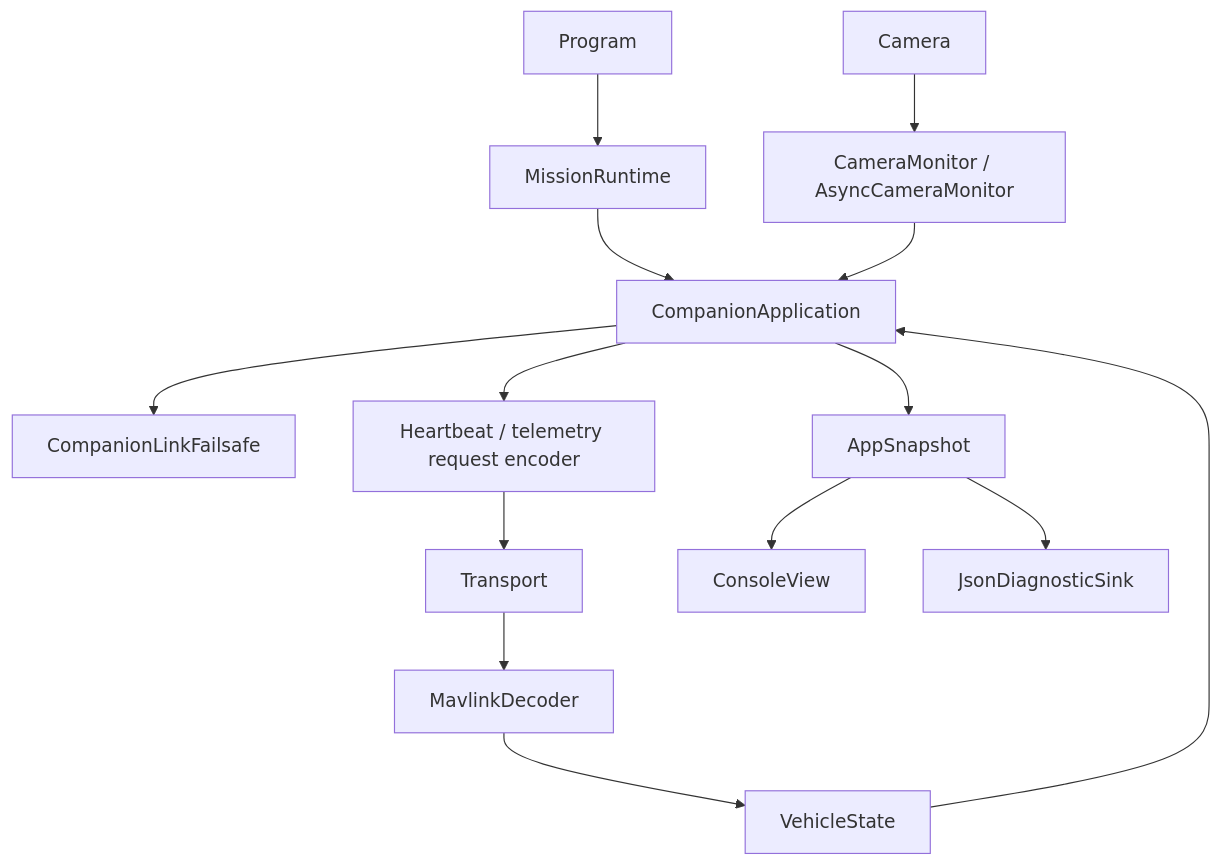
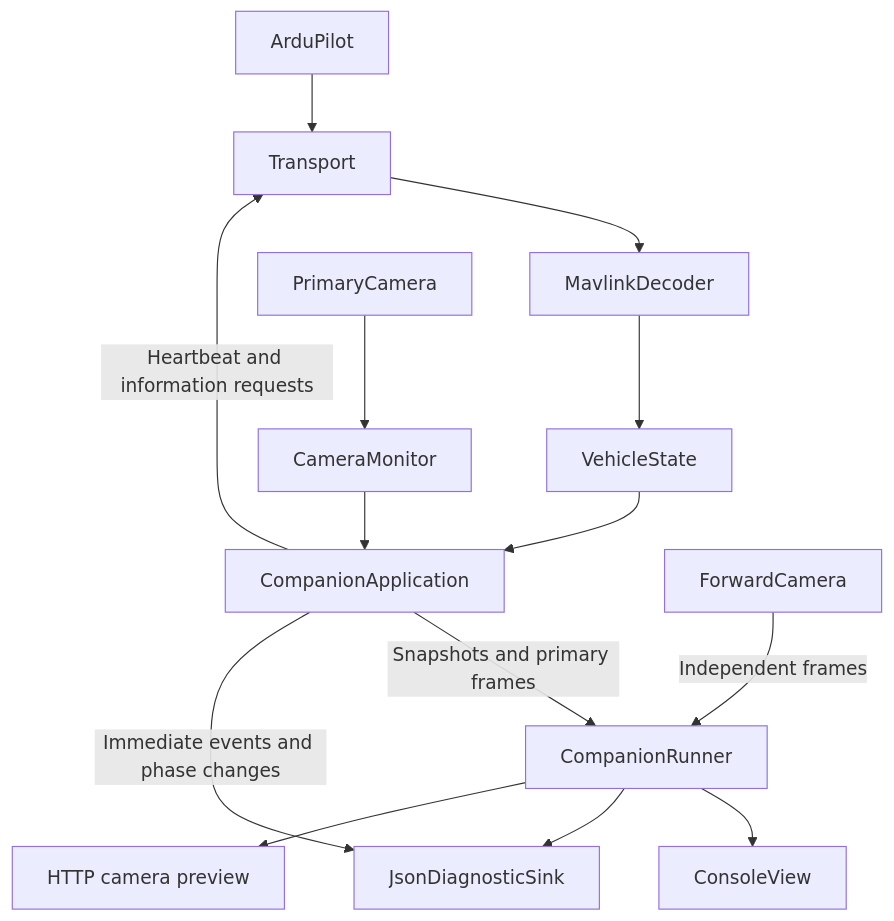
The diagram in docs/architecture.md (matemink/OnboardAutonomy), drawn with Mermaid before and after one commit. The commit also changed other lines of this file and 18 other files, not shown here.

````diff
--- a/docs/architecture.md
+++ b/docs/architecture.md
@@ -31,16 +24,13 @@
 ```mermaid
 flowchart TD
-    Program --> MissionRuntime
-    MissionRuntime --> Application[CompanionApplication]
-    Transport --> Decoder[MavlinkDecoder]
-    Decoder --> Vehicle[VehicleState]
-    Camera --> Monitor[CameraMonitor / AsyncCameraMonitor]
-    Monitor --> Application
-    Vehicle --> Application
-    Application --> Failsafe[CompanionLinkFailsafe]
-    Application --> Encoder[Heartbeat / telemetry request encoder]
-    Encoder --> Transport
-    Application --> Snapshot[AppSnapshot]
-    Snapshot --> Console[ConsoleView]
-    Snapshot --> JSON[JsonDiagnosticSink]
+    ArduPilot --> Transport --> Decoder[MavlinkDecoder]
+    Decoder --> Vehicle[VehicleState] --> Application[CompanionApplication]
+    Application -->|Heartbeat and information requests| Transport
+    PrimaryCamera --> Monitor[CameraMonitor] --> Application
+    Application -->|Snapshots and primary frames| Runner[CompanionRunner]
+    ForwardCamera -->|Independent frames| Runner
+    Runner --> Console[ConsoleView]
+    Runner --> JSON[JsonDiagnosticSink]
+    Runner --> Preview[HTTP camera preview]
+    Application -->|Immediate events and phase changes| JSON
 ```
````
